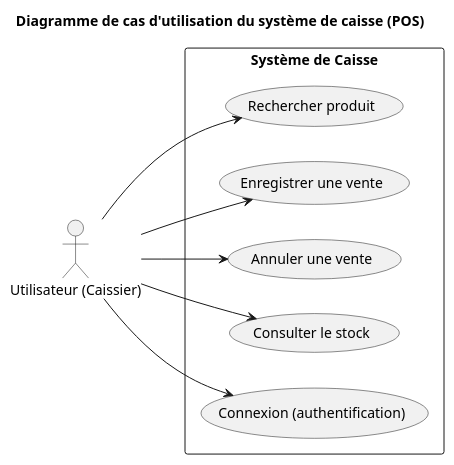
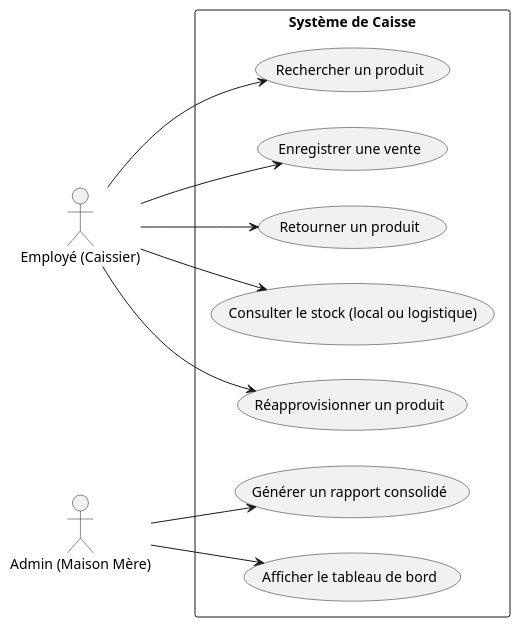
Before and after one commit to Massy-Haddad/LOG-430-Laboratoire-01: the diagram in docs/UML/vue_cas_utilisation.puml, drawn with PlantUML. The commit also changed 19 other files, not shown here.

```diff
--- a/docs/UML/vue_cas_utilisation.puml
+++ b/docs/UML/vue_cas_utilisation.puml
@@ -1,23 +1,24 @@
-@startuml "Diagramme de cas d'utilisation du système de caisse (POS)" 
+@startuml "Cas d'utilisation – POS multi-magasins"
 left to right direction
-skinparam packageStyle rectangle
-
-title Diagramme de cas d'utilisation du système de caisse (POS)
-
-actor "Utilisateur (Caissier)" as User
+actor "Employé (Caissier)" as Caissier
+actor "Admin (Maison Mère)" as Admin
 
 rectangle "Système de Caisse" {
-  
-  usecase "Rechercher produit" as UC1
-  usecase "Enregistrer une vente" as UC2
-  usecase "Annuler une vente" as UC3
-  usecase "Consulter le stock" as UC4
-  usecase "Connexion (authentification)" as UC5
+  usecase "Rechercher un produit"
+  usecase "Enregistrer une vente"
+  usecase "Retourner un produit"
+  usecase "Consulter le stock (local ou logistique)"
+  usecase "Réapprovisionner un produit"
+  usecase "Générer un rapport consolidé"
+  usecase "Afficher le tableau de bord"
+}
 
-  User --> UC5
-  User --> UC1
-  User --> UC2
-  User --> UC3
-  User --> UC4
-}
+Caissier --> "Rechercher un produit"
+Caissier --> "Enregistrer une vente"
+Caissier --> "Retourner un produit"
+Caissier --> "Consulter le stock (local ou logistique)"
+Caissier --> "Réapprovisionner un produit"
+
+Admin --> "Générer un rapport consolidé"
+Admin --> "Afficher le tableau de bord"
 @enduml
```
